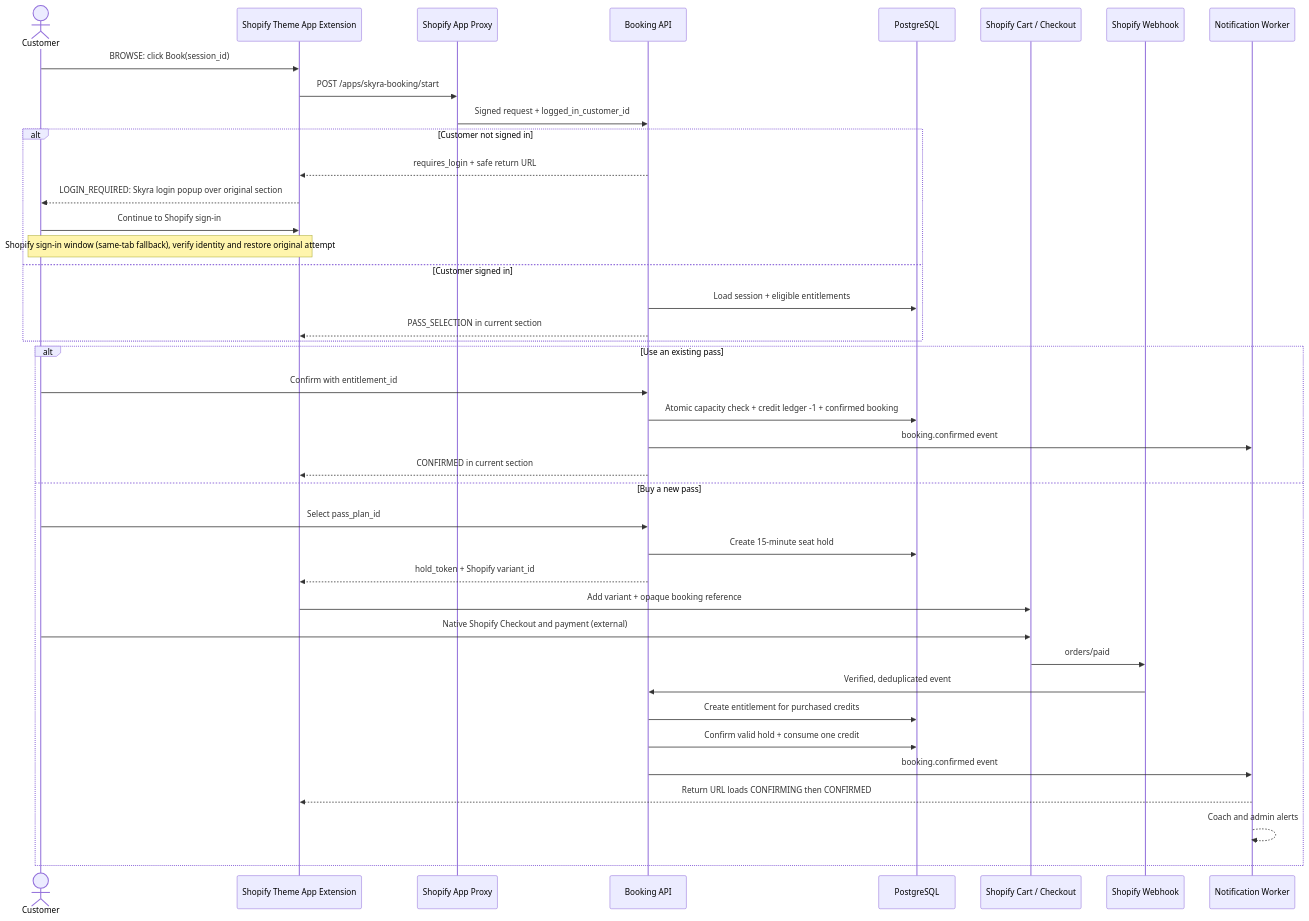
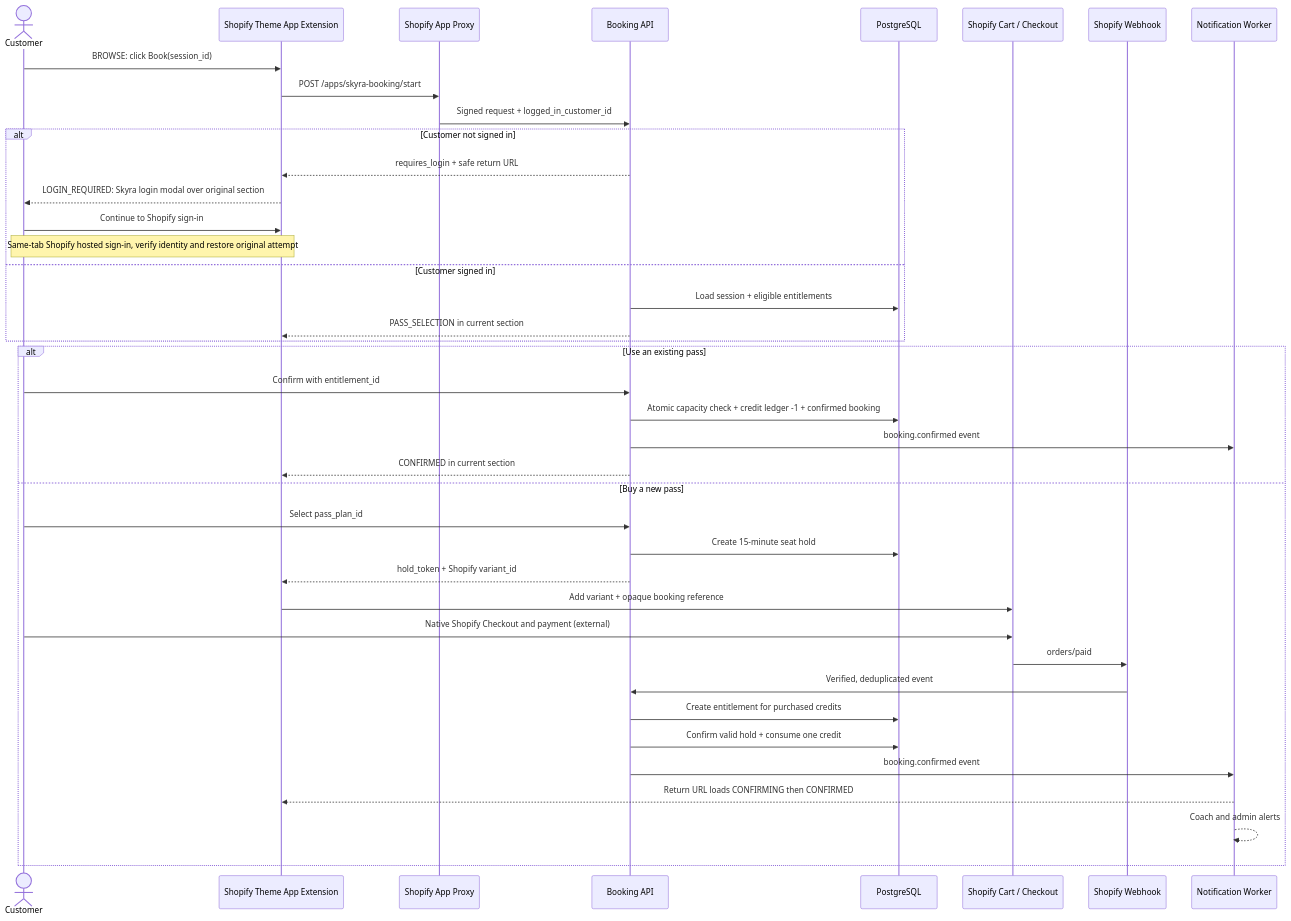
The diagram in docs/booking-system/booking-pass-flow.md (robber-857/Skyra), drawn with Mermaid before and after one commit. The commit also changed other lines of this file and 10 other files, not shown here.

Commit message:
Fix Shopify login handoff and preview return recovery

````diff
--- a/docs/booking-system/booking-pass-flow.md
+++ b/docs/booking-system/booking-pass-flow.md
@@ -15,44 +15,44 @@
 ```mermaid
 sequenceDiagram
   actor Customer
   participant Theme as Shopify Theme App Extension
   participant Proxy as Shopify App Proxy
   participant API as Booking API
   participant DB as PostgreSQL
   participant Cart as Shopify Cart / Checkout
   participant Hook as Shopify Webhook
   participant Notify as Notification Worker
 
   Customer->>Theme: BROWSE: click Book(session_id)
   Theme->>Proxy: POST /apps/skyra-booking/start
   Proxy->>API: Signed request + logged_in_customer_id
   alt Customer not signed in
     API-->>Theme: requires_login + safe return URL
-    Theme-->>Customer: LOGIN_REQUIRED: Skyra login popup over original section
+    Theme-->>Customer: LOGIN_REQUIRED: Skyra login modal over original section
     Customer->>Theme: Continue to Shopify sign-in
-    Note over Customer,Theme: Shopify sign-in window (same-tab fallback), verify identity and restore original attempt
+    Note over Customer,Theme: Same-tab Shopify hosted sign-in, verify identity and restore original attempt
   else Customer signed in
     API->>DB: Load session + eligible entitlements
     API-->>Theme: PASS_SELECTION in current section
   end
 
   alt Use an existing pass
     Customer->>API: Confirm with entitlement_id
     API->>DB: Atomic capacity check + credit ledger -1 + confirmed booking
     API->>Notify: booking.confirmed event
     API-->>Theme: CONFIRMED in current section
   else Buy a new pass
     Customer->>API: Select pass_plan_id
     API->>DB: Create 15-minute seat hold
     API-->>Theme: hold_token + Shopify variant_id
     Theme->>Cart: Add variant + opaque booking reference
     Customer->>Cart: Native Shopify Checkout and payment (external)
     Cart->>Hook: orders/paid
     Hook->>API: Verified, deduplicated event
     API->>DB: Create entitlement for purchased credits
     API->>DB: Confirm valid hold + consume one credit
     API->>Notify: booking.confirmed event
     Notify-->>Theme: Return URL loads CONFIRMING then CONFIRMED
     Notify-->>Notify: Coach and admin alerts
   end
 ```
````
